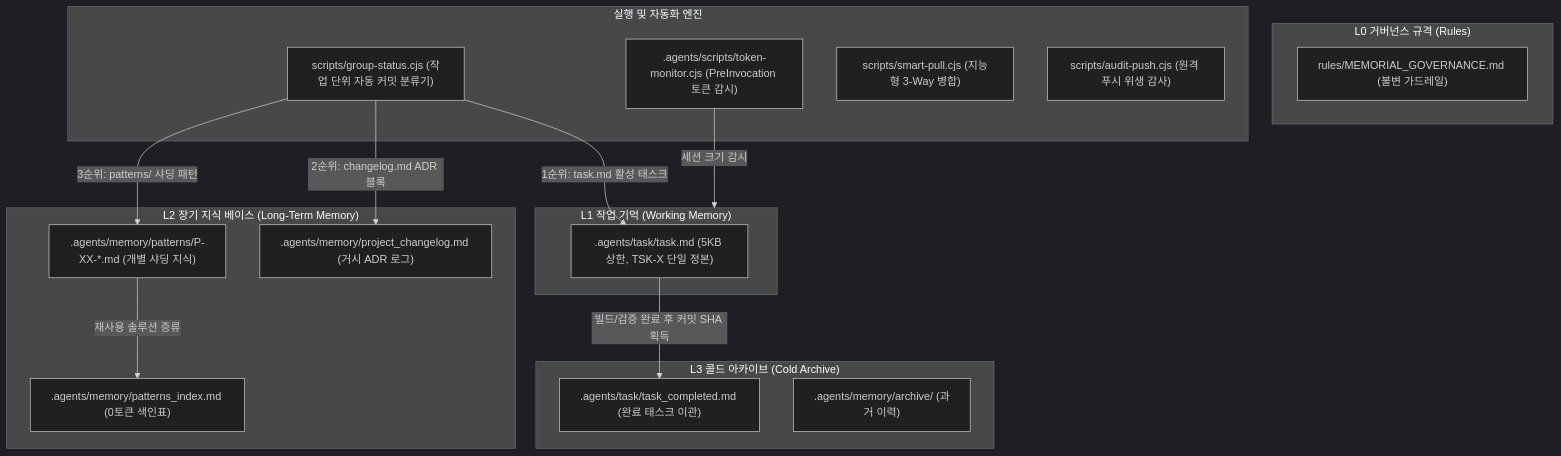
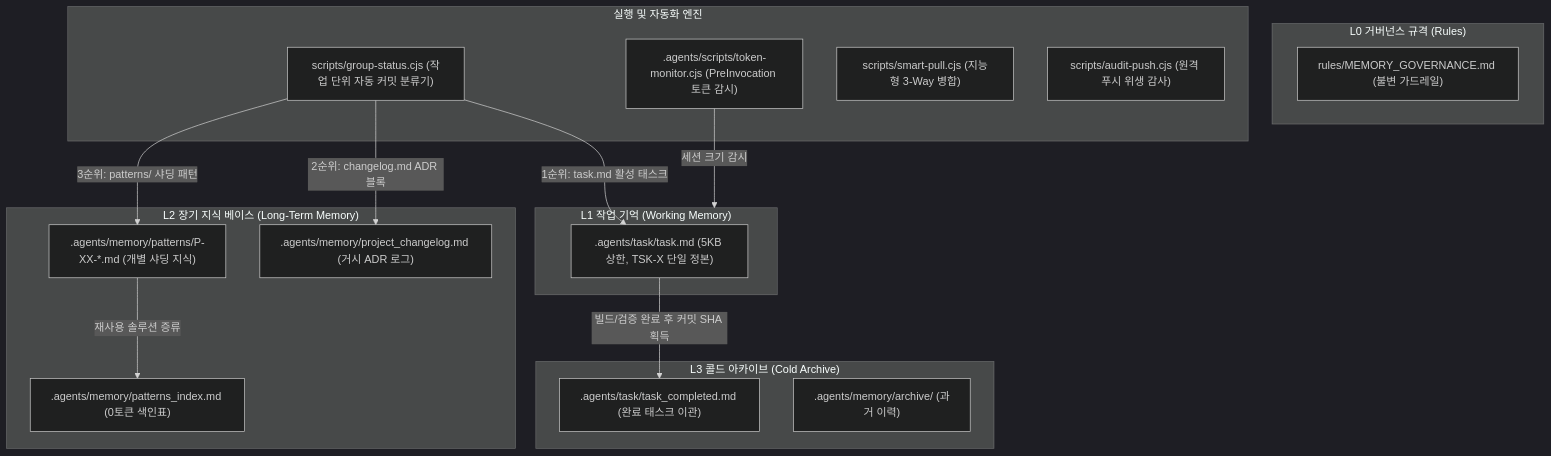
Before and after one commit to RockBeider/agent-context-memory: the diagram in README.md, drawn with Mermaid (dark theme). The commit also changed other lines of this file and 24 other files, not shown here.

First line of the commit message:
refactor(rules): [TSK-7] Context Memory System 명칭 리팩토링 및 CLI/템플릿 일관성 정비

````diff
--- a/README.md
+++ b/README.md
@@ -11,35 +11,35 @@
 ```mermaid
 flowchart TB
   subgraph L0["L0 거버넌스 규격 (Rules)"]
-    R["rules/MEMORIAL_GOVERNANCE.md (불변 가드레일)"]
+    R["rules/MEMORY_GOVERNANCE.md (불변 가드레일)"]
   end
 
   subgraph L1["L1 작업 기억 (Working Memory)"]
     T[".agents/task/task.md (5KB 상한, TSK-X 단일 정본)"]
   end
 
   subgraph L2["L2 장기 지식 베이스 (Long-Term Memory)"]
     PI[".agents/memory/patterns_index.md (0토큰 색인표)"]
     P[".agents/memory/patterns/P-XX-*.md (개별 샤딩 지식)"]
     CL[".agents/memory/project_changelog.md (거시 ADR 로그)"]
   end
 
   subgraph L3["L3 콜드 아카이브 (Cold Archive)"]
     TC[".agents/task/task_completed.md (완료 태스크 이관)"]
     AR[".agents/memory/archive/ (과거 이력)"]
   end
 
   subgraph ENGINE["실행 및 자동화 엔진"]
     GS["scripts/group-status.cjs (작업 단위 자동 커밋 분류기)"]
     TM[".agents/scripts/token-monitor.cjs (PreInvocation 토큰 감시)"]
     SP["scripts/smart-pull.cjs (지능형 3-Way 병합)"]
     AP["scripts/audit-push.cjs (원격 푸시 위생 감사)"]
   end
 
   T -- "빌드/검증 완료 후 커밋 SHA 획득" --> TC
   P -- "재사용 솔루션 증류" --> PI
   GS -- "1순위: task.md 활성 태스크" --> T
   GS -- "2순위: changelog.md ADR 블록" --> CL
   GS -- "3순위: patterns/ 샤딩 패턴" --> P
   TM -- "세션 크기 감시" --> L1
 ```
````
